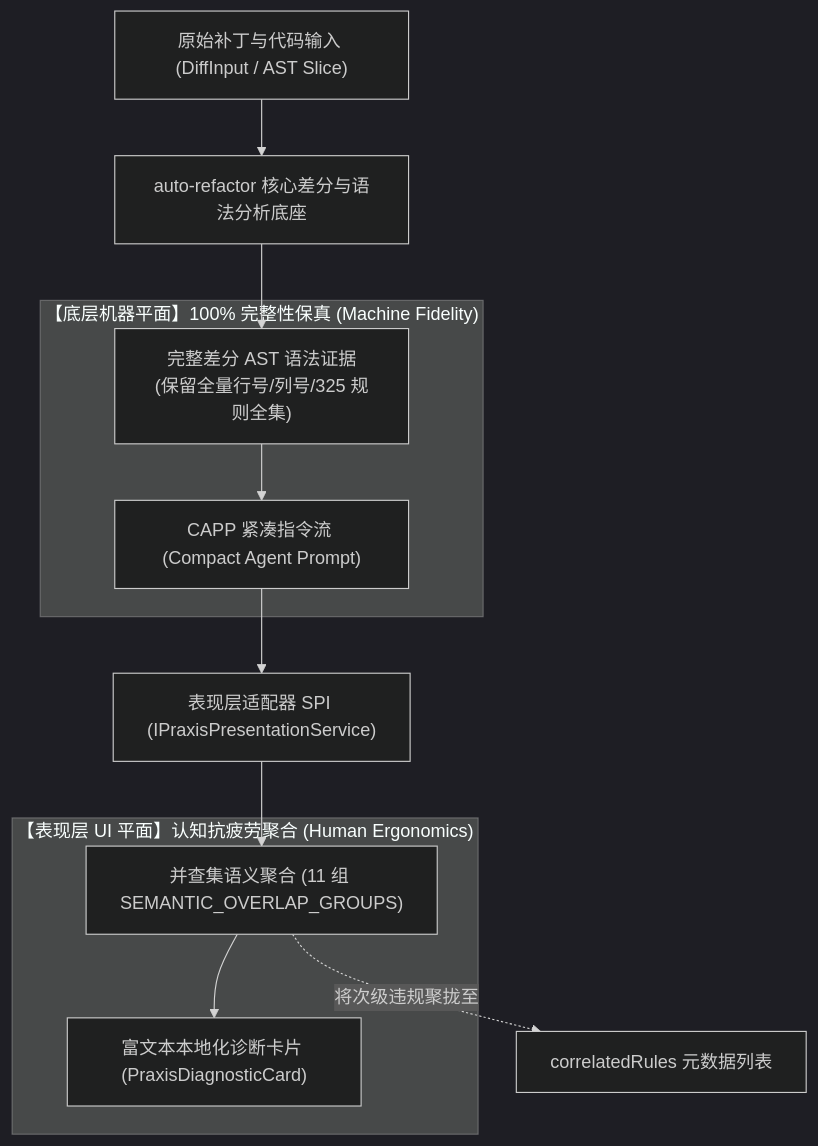
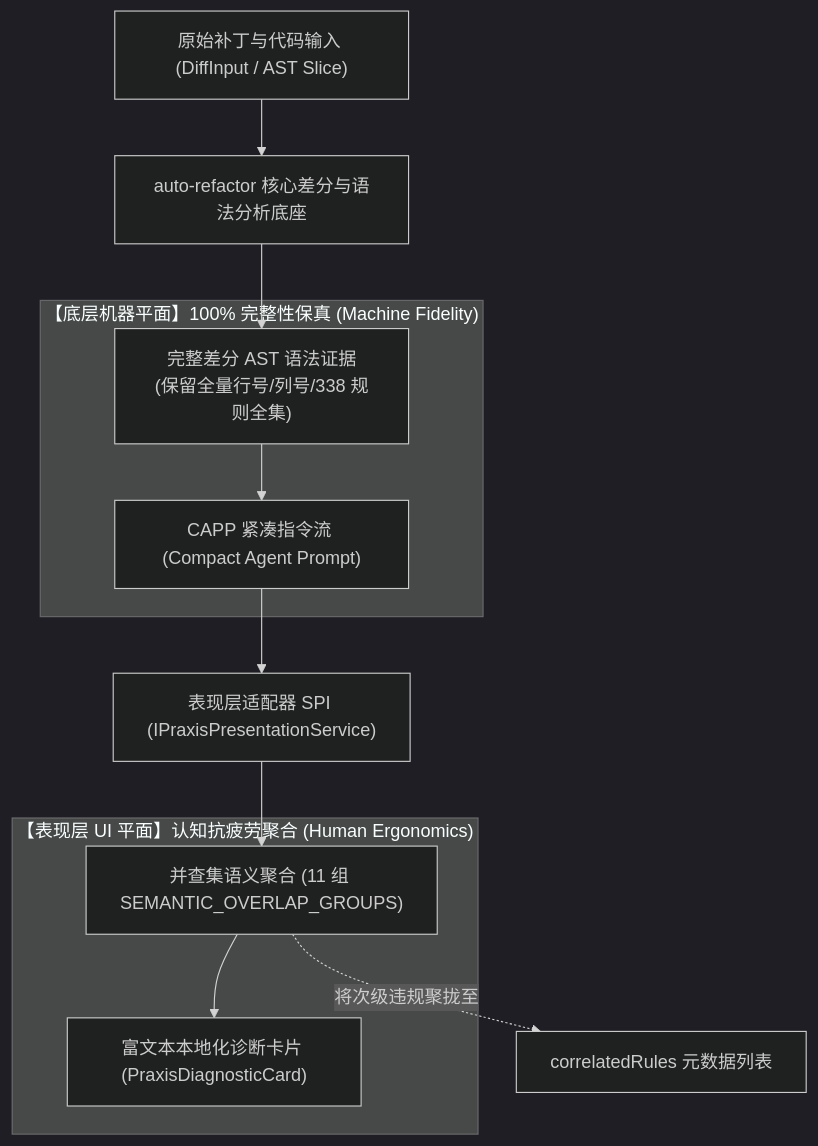
Before and after one commit to guilingzhouyi-creator/vscode-extensions: the first of 2 diagrams in auto-refactor/docs/06-praxis-delivery/01-praxis-architecture-and-spi-contracts.md, drawn with Mermaid (dark theme). The commit also changed other lines of this file and 26 other files, not shown here.

First line of the commit message:
docs(architecture): 更新全宗架构设计规程与集成交付指引

````diff
--- a/auto-refactor/docs/06-praxis-delivery/01-praxis-architecture-and-spi-contracts.md
+++ b/auto-refactor/docs/06-praxis-delivery/01-praxis-architecture-and-spi-contracts.md
@@ -14,21 +14,21 @@
 ```mermaid
 flowchart TD
     DIFF["原始补丁与代码输入 (DiffInput / AST Slice)"] --> CORE["auto-refactor 核心差分与语法分析底座"]
     
     subgraph MachinePlane["【底层机器平面】100% 完整性保真 (Machine Fidelity)"]
-        AST_COMPLETE["完整差分 AST 语法证据<br/>(保留全量行号/列号/325 规则全集)"]
+        AST_COMPLETE["完整差分 AST 语法证据<br/>(保留全量行号/列号/338 规则全集)"]
         CAPP["CAPP 紧凑指令流 (Compact Agent Prompt)"]
     end
     
     subgraph HumanPlane["【表现层 UI 平面】认知抗疲劳聚合 (Human Ergonomics)"]
         UNION_FIND["并查集语义聚合 (11 组 SEMANTIC_OVERLAP_GROUPS)"]
         CARDS["富文本本地化诊断卡片 (PraxisDiagnosticCard)"]
     end
     
     CORE --> AST_COMPLETE
     AST_COMPLETE --> CAPP
     CAPP --> IPres["表现层适配器 SPI (IPraxisPresentationService)"]
     IPres --> UNION_FIND
     UNION_FIND --> CARDS
     UNION_FIND -.->|将次级违规聚拢至| META["correlatedRules 元数据列表"]
 ```
````
